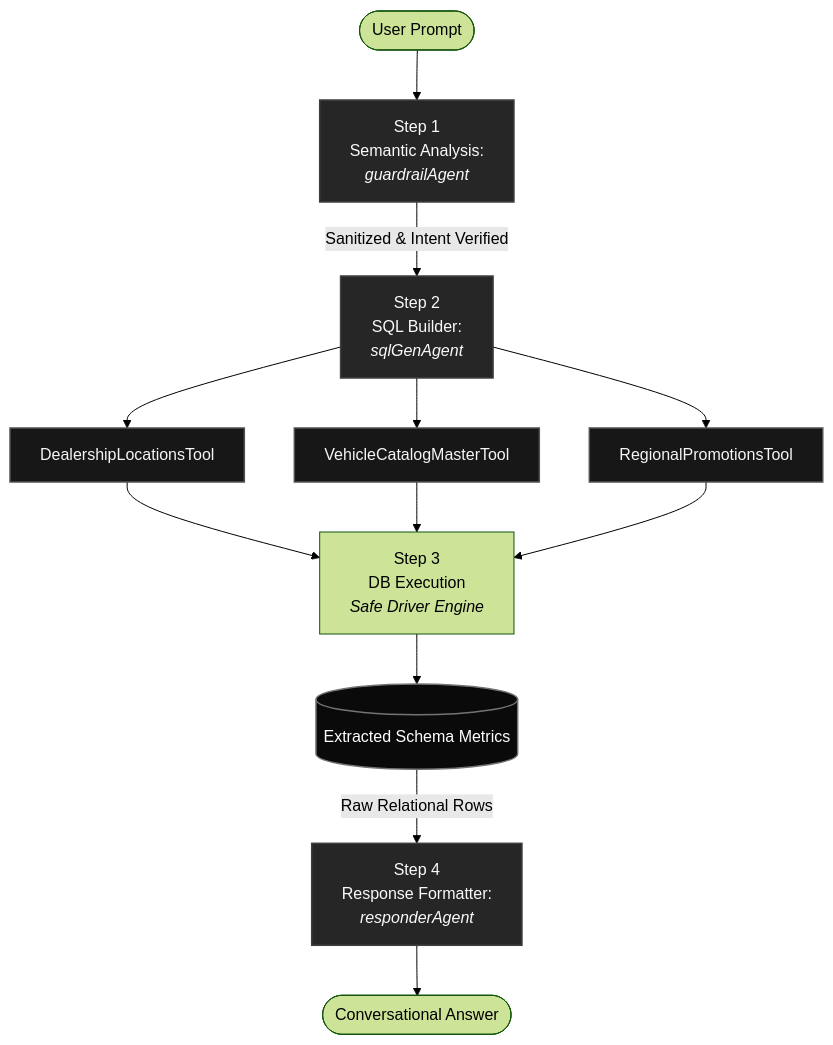
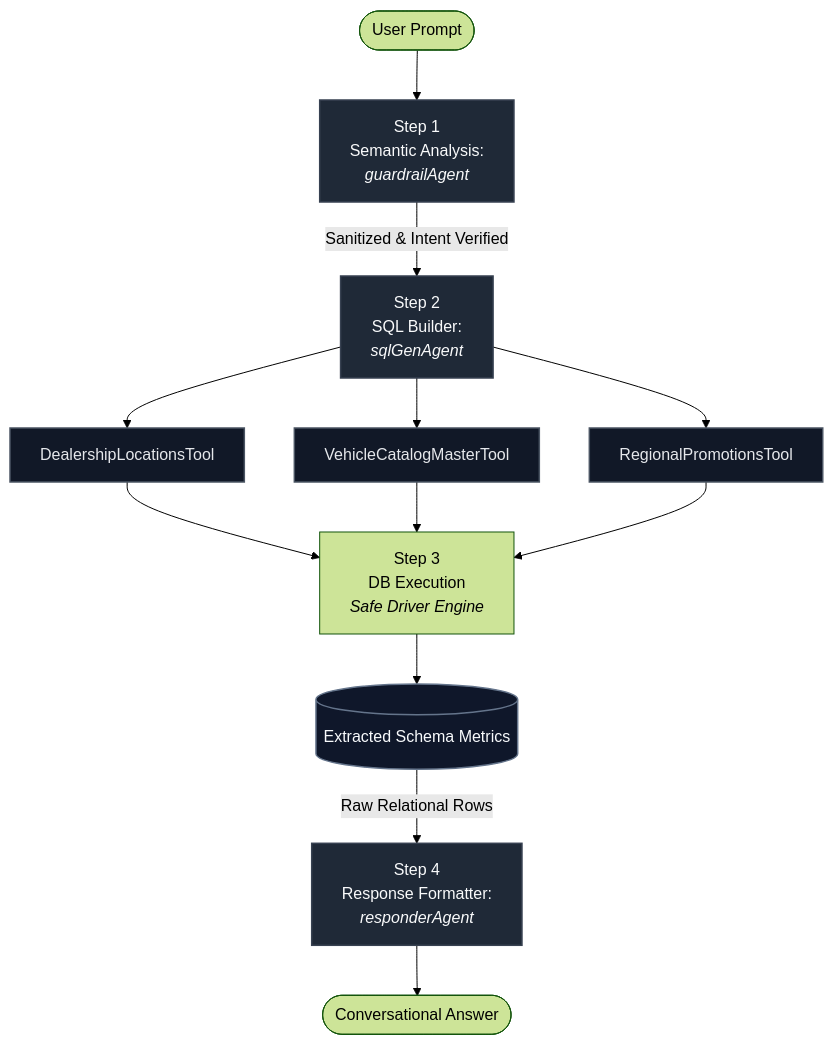
The diagram in README.md (Viji-RaviChandran/mastra-car-dealership-workflow), drawn with Mermaid (forest theme) before and after one commit. The commit also changed other lines of this file, not shown here.

````diff
--- a/README.md
+++ b/README.md
@@ -24,30 +24,30 @@
 ```mermaid
 flowchart TD
     A([User Prompt]) --> B[Step 1 <br/>Semantic Analysis: <br/><i>guardrailAgent</i>]
     
     B -->|Sanitized & Intent Verified| C[Step 2 <br/>SQL Builder: <br/><i>sqlGenAgent</i>]
     
     C --> D1[DealershipLocationsTool]
     C --> D2[VehicleCatalogMasterTool]
     C --> D3[RegionalPromotionsTool]
     
     D1 --> E[Step 3 <br/>DB Execution<br/><i>Safe Driver Engine</i>]
     D2 --> E
     D3 --> E
     
     E --> F[(Extracted Schema Metrics)]
 
     
     
     F -->|Raw Relational Rows| G[Step 4 <br/>Response Formatter: <br/><i>responderAgent</i>]
     
     G --> H([Conversational Answer])
 
-    classDef agent fill:#262626,stroke:#404040,stroke-width:1.5px,color:#fafafa;
-    classDef tool  fill:#171717,stroke:#525252,stroke-width:1.5px,color:#f5f5f5;
-    classDef step  fill:#0a0a0a,stroke:#737373,stroke-width:1.5px,color:#ffffff;
+    classDef agent fill:#1f2937,stroke:#374151,stroke-width:1.5px,color:#f9fafb;
+    classDef tool  fill:#111827,stroke:#4b5563,stroke-width:1.5px,color:#e5e7eb;
+    classDef step  fill:#0f172a,stroke:#64748b,stroke-width:1.5px,color:#f8fafc;
 
     class B,C,G agent;
     class D1,D2,D3 tool;
     class F step;
 ```
````
